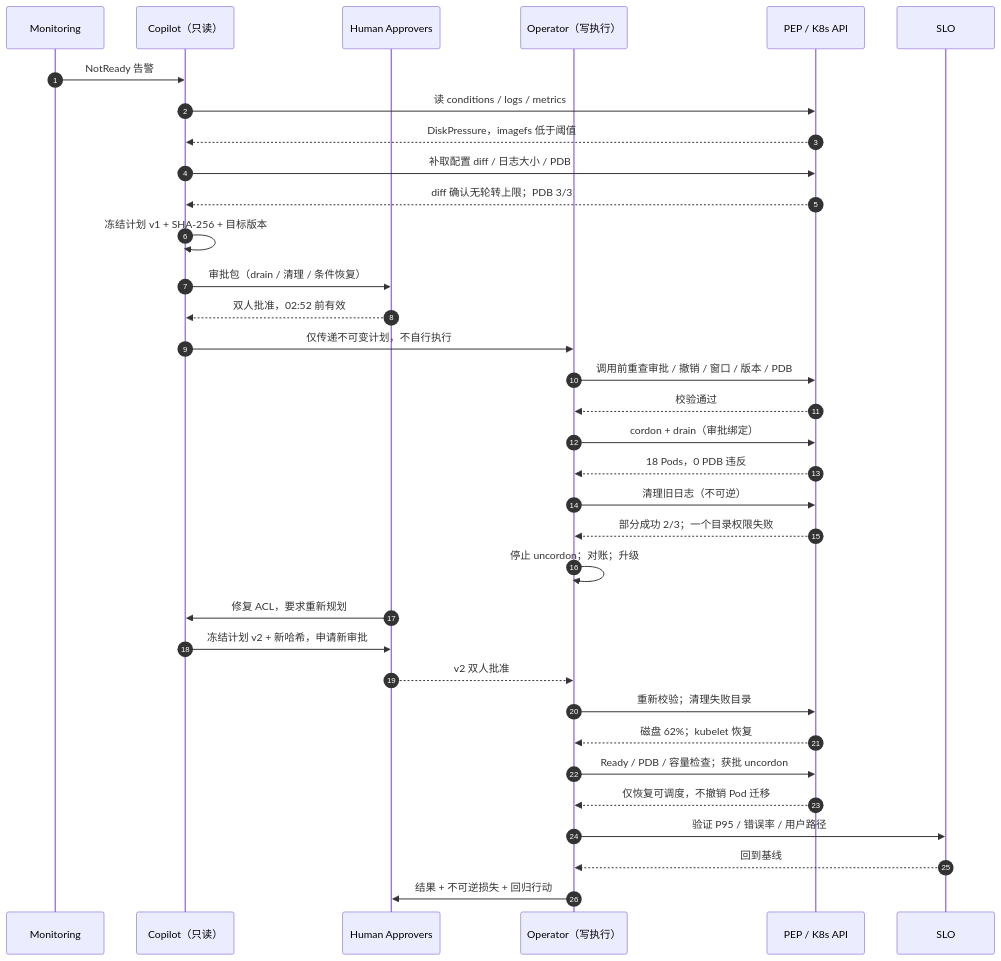
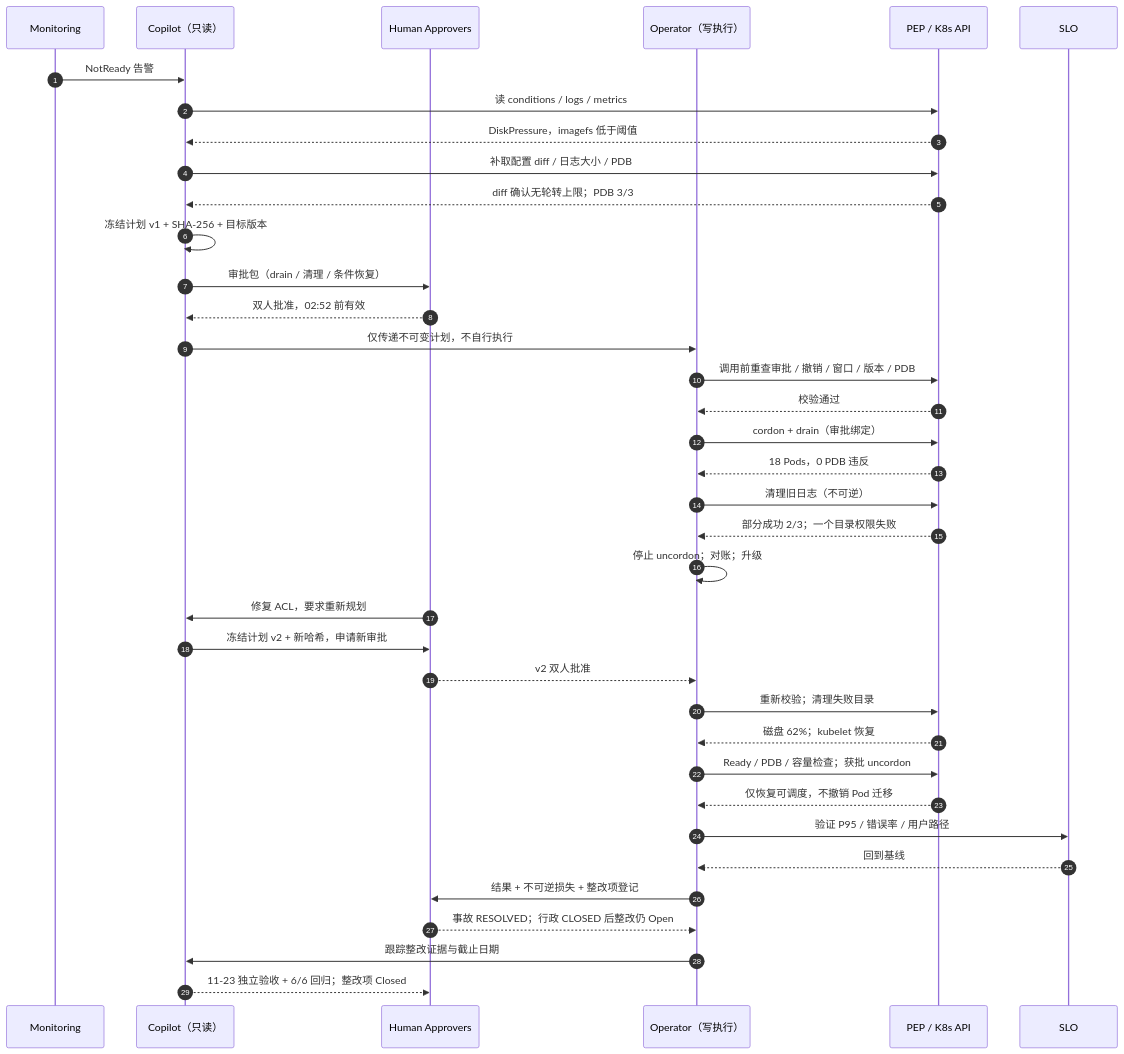
One commit to ai-guru-global/the-ops-agent-book changed the diagram in docs/appendix/case-notready.md. Above: the diagram before and after it, drawn with Mermaid. The commit also changed other lines of this file and 42 other files, not shown here.

````diff
--- a/docs/appendix/case-notready.md
+++ b/docs/appendix/case-notready.md
@@ -55,36 +55,39 @@
 ```mermaid
 sequenceDiagram
   autonumber
   participant M as Monitoring
   participant C as Copilot（只读）
   participant H as Human Approvers
   participant O as Operator（写执行）
   participant P as PEP / K8s API
   participant S as SLO
   M->>C: NotReady 告警
   C->>P: 读 conditions / logs / metrics
   P-->>C: DiskPressure，imagefs 低于阈值
   C->>P: 补取配置 diff / 日志大小 / PDB
   P-->>C: diff 确认无轮转上限；PDB 3/3
   C->>C: 冻结计划 v1 + SHA-256 + 目标版本
   C->>H: 审批包（drain / 清理 / 条件恢复）
   H-->>C: 双人批准，02:52 前有效
   C->>O: 仅传递不可变计划，不自行执行
   O->>P: 调用前重查审批 / 撤销 / 窗口 / 版本 / PDB
   P-->>O: 校验通过
   O->>P: cordon + drain（审批绑定）
   P-->>O: 18 Pods，0 PDB 违反
   O->>P: 清理旧日志（不可逆）
   P-->>O: 部分成功 2/3；一个目录权限失败
   O->>O: 停止 uncordon；对账；升级
   H->>C: 修复 ACL，要求重新规划
   C->>H: 冻结计划 v2 + 新哈希，申请新审批
   H-->>O: v2 双人批准
   O->>P: 重新校验；清理失败目录
   P-->>O: 磁盘 62%；kubelet 恢复
   O->>P: Ready / PDB / 容量检查；获批 uncordon
   P-->>O: 仅恢复可调度，不撤销 Pod 迁移
   O->>S: 验证 P95 / 错误率 / 用户路径
   S-->>O: 回到基线
-  O->>H: 结果 + 不可逆损失 + 回归行动
+  O->>H: 结果 + 不可逆损失 + 整改项登记
+  H-->>O: 事故 RESOLVED；行政 CLOSED 后整改仍 Open
+  O->>C: 跟踪整改证据与截止日期
+  C-->>H: 11-23 独立验收 + 6/6 回归；整改项 Closed
 ```
````
